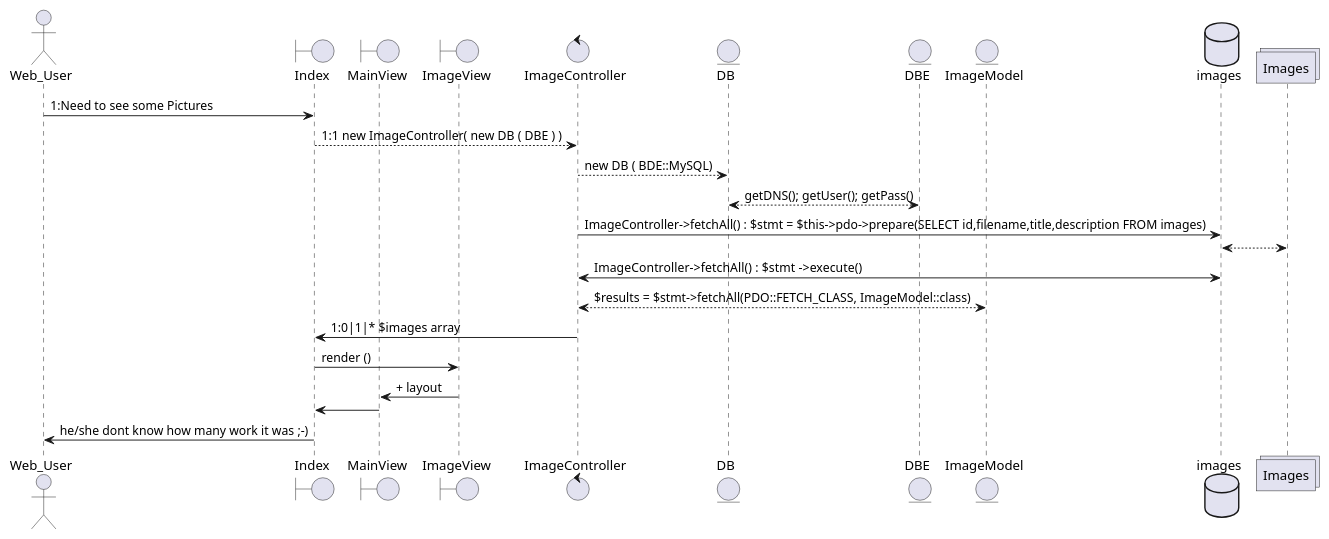
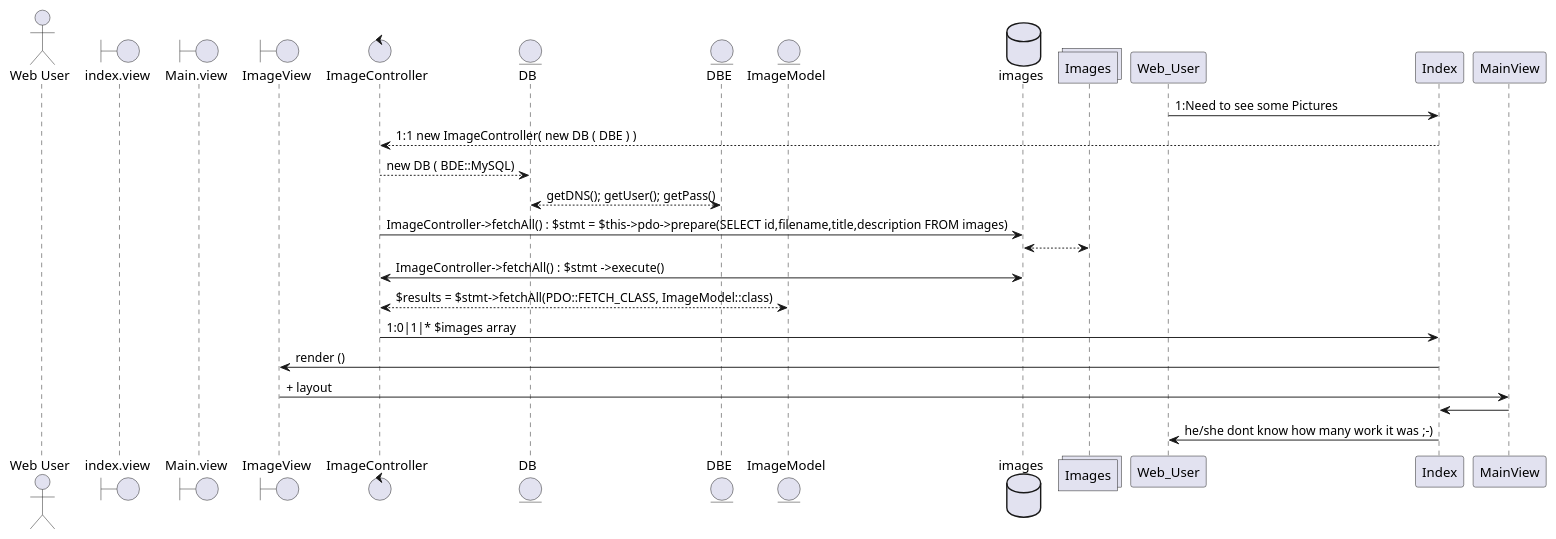
Before and after one commit to tonisun/Cologne-Picture-Gallery: the diagram in out/doc/mvc_seq_dia.plantuml, drawn with PlantUML. The commit also changed 2 other files, not shown here.

Commit message:
add use case diagram

```diff
--- a/out/doc/mvc_seq_dia.plantuml
+++ b/out/doc/mvc_seq_dia.plantuml
@@ -1,37 +1,37 @@
 @startuml
-actor Web_User
-boundary Index
-boundary MainView
-boundary ImageView
-control ImageController
+actor "Web User"
+boundary "index.view"
+boundary "Main.view"
+boundary "ImageView"
+control "ImageController"
 entity DB
 entity DBE
 entity ImageModel
 database images
 collections Images
 Web_User -> Index: 1:Need to see some Pictures
 
 Index -->ImageController: 1:1 new ImageController( new DB ( DBE ) ) 
 
 ImageController --> DB : new DB ( BDE::MySQL)
 
 DBE <--> DB: getDNS(); getUser(); getPass()
 
 ImageController -> images: ImageController->fetchAll() : $stmt = $this->pdo->prepare(SELECT id,filename,title,description FROM images)
 
 images <-->Images:
 
 images <-> ImageController: ImageController->fetchAll() :  $stmt ->execute() 
 
 ImageController <--> ImageModel : $results = $stmt->fetchAll(PDO::FETCH_CLASS, ImageModel::class)
 
 ImageController -> Index : 1:0|1|* $images array
 
 Index -> ImageView: render ()
 
 ImageView -> MainView: + layout
 
 MainView -> Index
 
 Index -> Web_User: he/she dont know how many work it was ;-)
 @enduml
```
